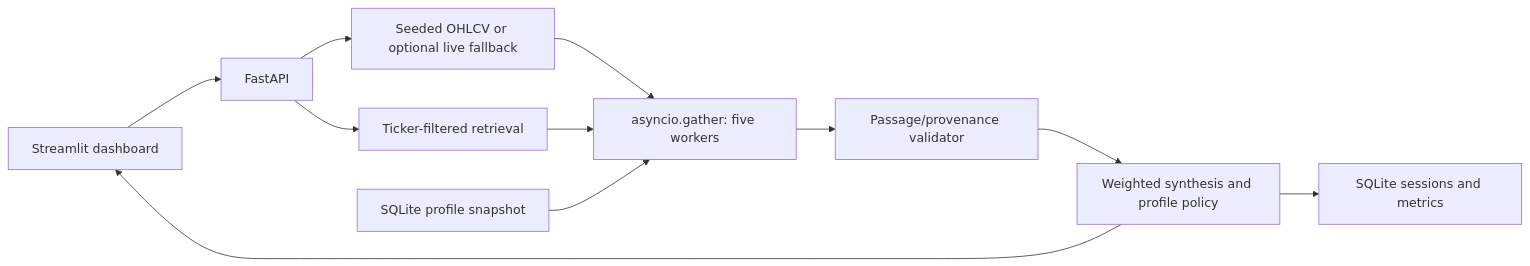
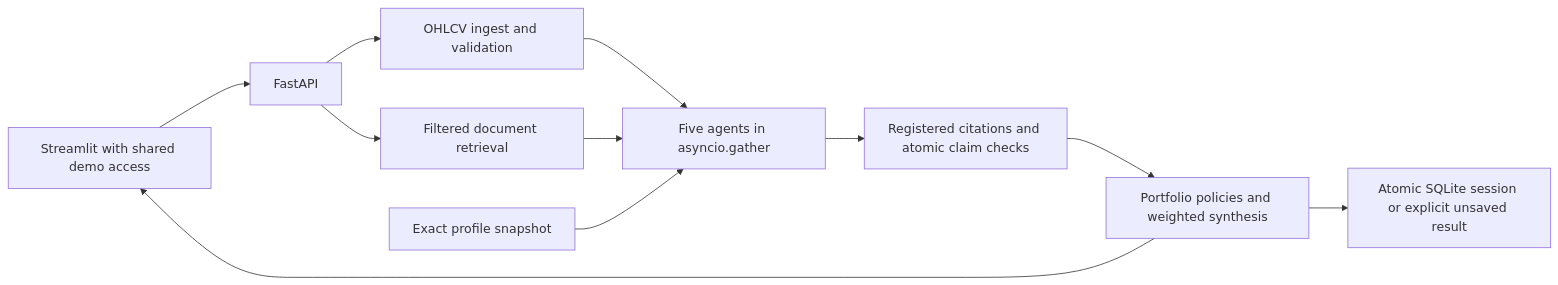
The diagram in ARCHITECTURE.md (Aniruddh2708/AgenticAI), drawn with Mermaid before and after one commit. The commit also changed other lines of this file and 67 other files, not shown here.

Commit message:
Strengthen VibeFinance policies, evidence, evaluation and demo delivery

````diff
--- a/ARCHITECTURE.md
+++ b/ARCHITECTURE.md
@@ -5,13 +5,13 @@
 ```mermaid
 flowchart LR
-    UI[Streamlit dashboard] --> API[FastAPI]
-    API --> M[Seeded OHLCV or optional live fallback]
-    API --> R[Ticker-filtered retrieval]
-    M --> P[asyncio.gather: five workers]
+    UI[Streamlit with shared demo access] --> API[FastAPI]
+    API --> M[OHLCV ingest and validation]
+    API --> R[Filtered document retrieval]
+    M --> P[Five agents in asyncio.gather]
     R --> P
-    U[SQLite profile snapshot] --> P
-    P --> V[Passage/provenance validator]
-    V --> S[Weighted synthesis and profile policy]
-    S --> DB[SQLite sessions and metrics]
+    U[Exact profile snapshot] --> P
+    P --> V[Registered citations and atomic claim checks]
+    V --> S[Portfolio policies and weighted synthesis]
+    S --> DB[Atomic SQLite session or explicit unsaved result]
     S --> UI
 ```
````
